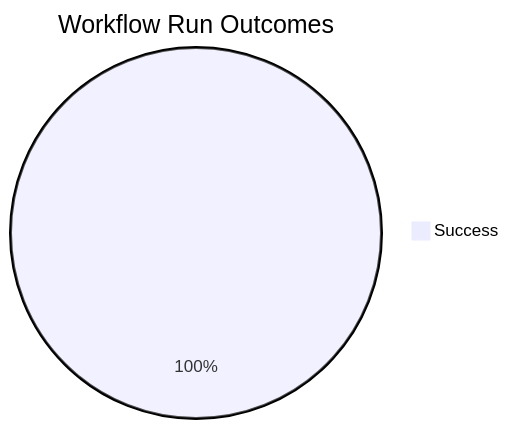
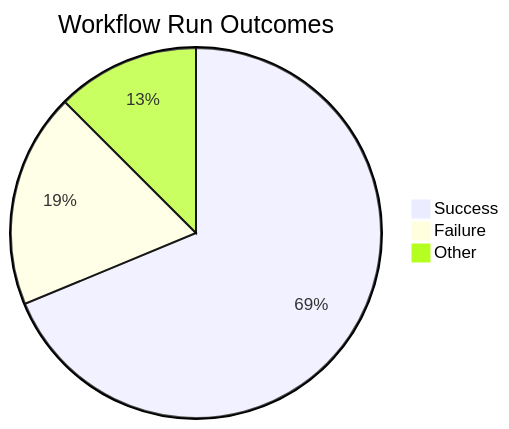
One commit to ukma-cs-ssdm-2025/rate-ukma changed the first of 4 diagrams in docs/ci-cd/dora-summary.md. Above: the diagram before and after it, drawn with Mermaid. The commit also changed other lines of this file, not shown here.

````diff
--- a/docs/ci-cd/dora-summary.md
+++ b/docs/ci-cd/dora-summary.md
@@ -22,4 +22,6 @@
 ```mermaid
 pie title Workflow Run Outcomes
-    "Success" : 7
+    "Success" : 11
+    "Failure" : 3
+    "Other" : 2
 ```
````
